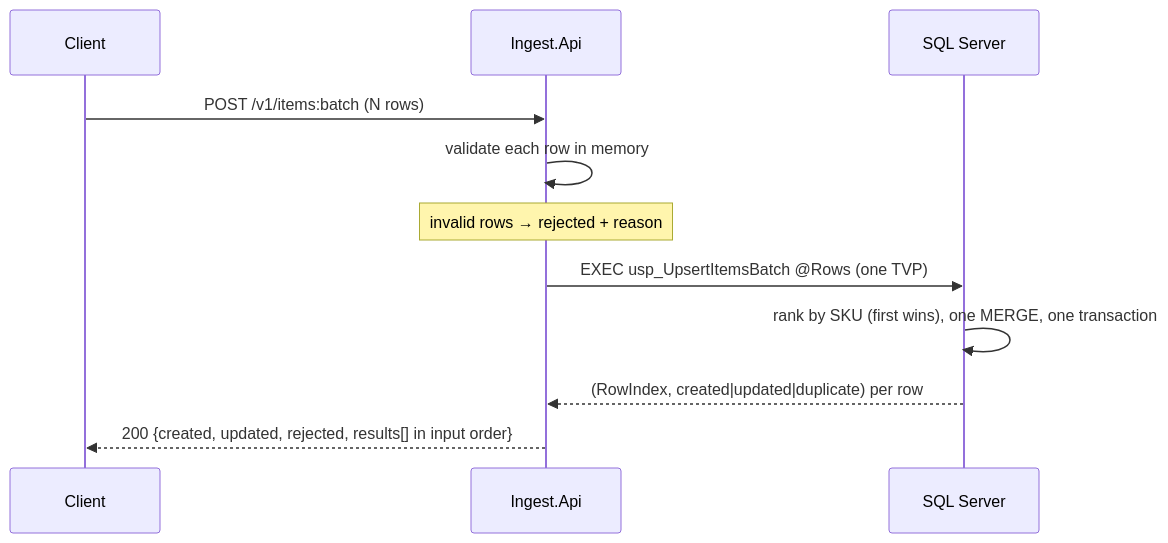
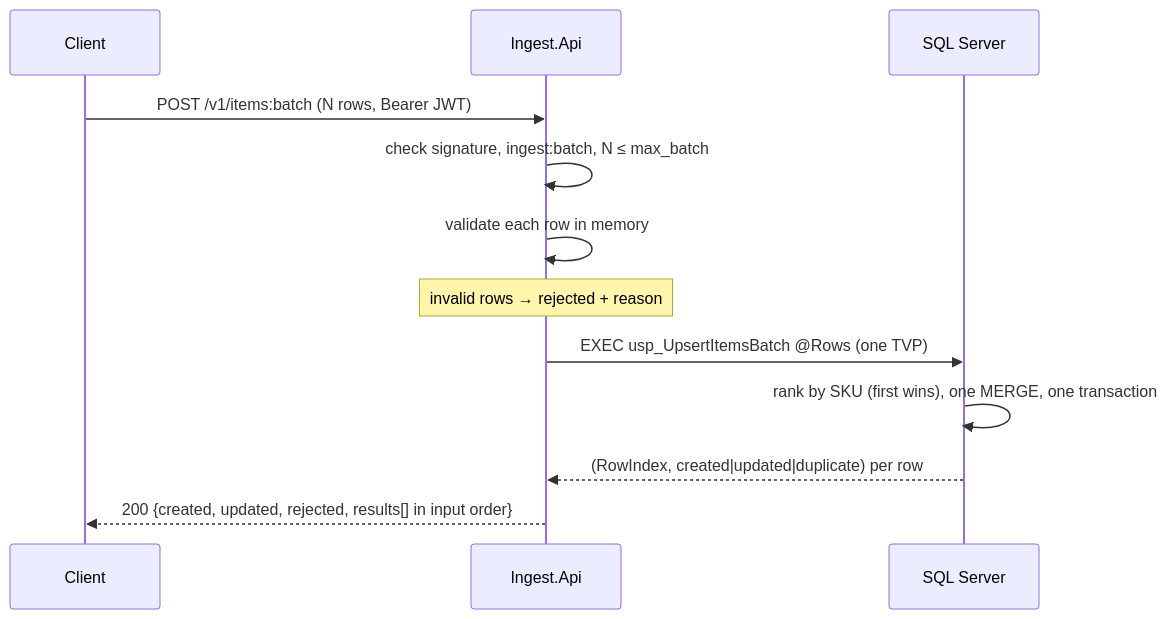
One commit to Arggon/dotnet-batchyard changed the third of 4 diagrams in docs/architecture.md. Above: the diagram before and after it, drawn with Mermaid. The commit also changed other lines of this file and 2 other files, not shown here.

First line of the commit message:
docs: update README, architecture and benchmarks for M2

````diff
--- a/docs/architecture.md
+++ b/docs/architecture.md
@@ -45,13 +53,14 @@
 ```mermaid
 sequenceDiagram
     participant C as Client
     participant A as Ingest.Api
     participant S as SQL Server
-    C->>A: POST /v1/items:batch (N rows)
+    C->>A: POST /v1/items:batch (N rows, Bearer JWT)
+    A->>A: check signature, ingest:batch, N ≤ max_batch
     A->>A: validate each row in memory
     Note over A: invalid rows → rejected + reason
     A->>S: EXEC usp_UpsertItemsBatch @Rows (one TVP)
     S->>S: rank by SKU (first wins), one MERGE, one transaction
     S-->>A: (RowIndex, created|updated|duplicate) per row
     A-->>C: 200 {created, updated, rejected, results[] in input order}
 ```
````
